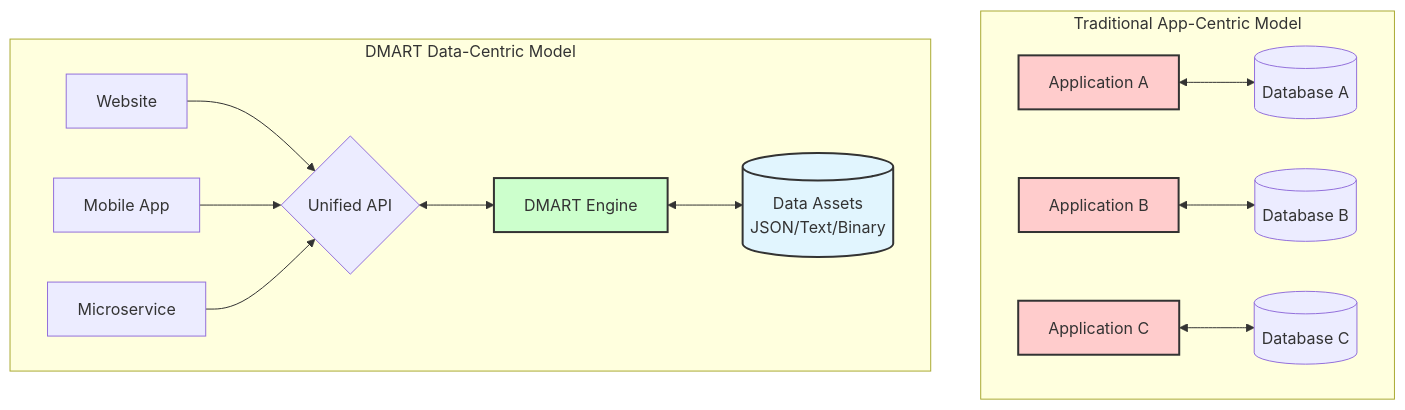
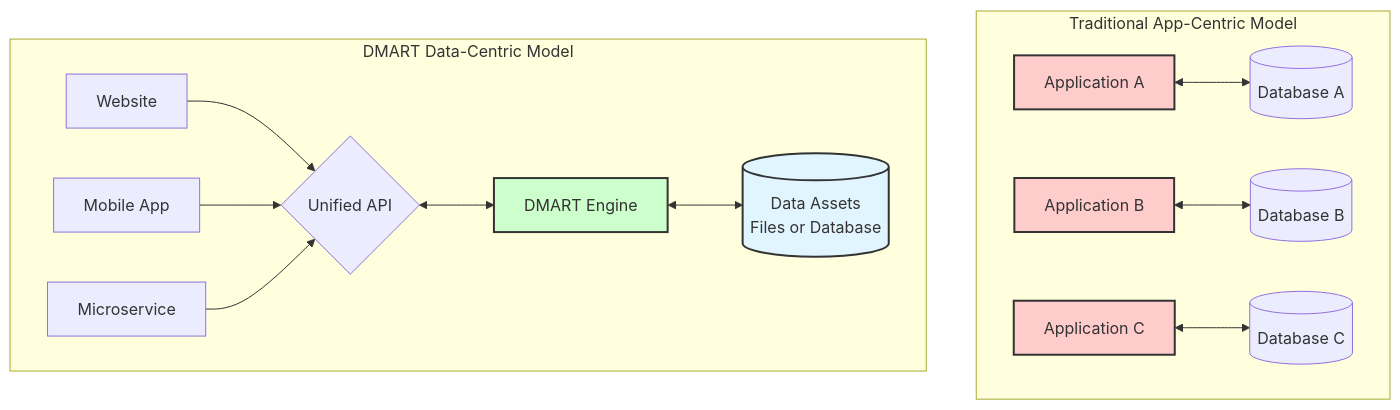
One commit to splimter/dmart changed the first of 2 diagrams in WHY_DMART.md. Above: the diagram before and after it, drawn with Mermaid. The commit also changed other lines of this file and 3 other files, not shown here.

````diff
--- a/WHY_DMART.md
+++ b/WHY_DMART.md
@@ -11,21 +11,21 @@
 ```mermaid
 graph TD
     subgraph Traditional["Traditional App-Centric Model"]
         App1[Application A] <--> DB1[(Database A)]
         App2[Application B] <--> DB2[(Database B)]
         App3[Application C] <--> DB3[(Database C)]
         style App1 fill:#ffcccc,stroke:#333,stroke-width:2px
         style App2 fill:#ffcccc,stroke:#333,stroke-width:2px
         style App3 fill:#ffcccc,stroke:#333,stroke-width:2px
     end
 
     subgraph DMART["DMART Data-Centric Model"]
         D_App1[Website] --> API{Unified API}
         D_App2[Mobile App] --> API
         D_App3[Microservice] --> API
         API <--> Engine[DMART Engine]
-        Engine <--> Files[(Data Assets<br/>JSON/Text/Binary)]
+        Engine <--> Store[(Data Assets<br/>Files or Database)]
         style Engine fill:#ccffcc,stroke:#333,stroke-width:2px
-        style Files fill:#e1f5fe,stroke:#333,stroke-width:2px
+        style Store fill:#e1f5fe,stroke:#333,stroke-width:2px
     end
 ```
````
